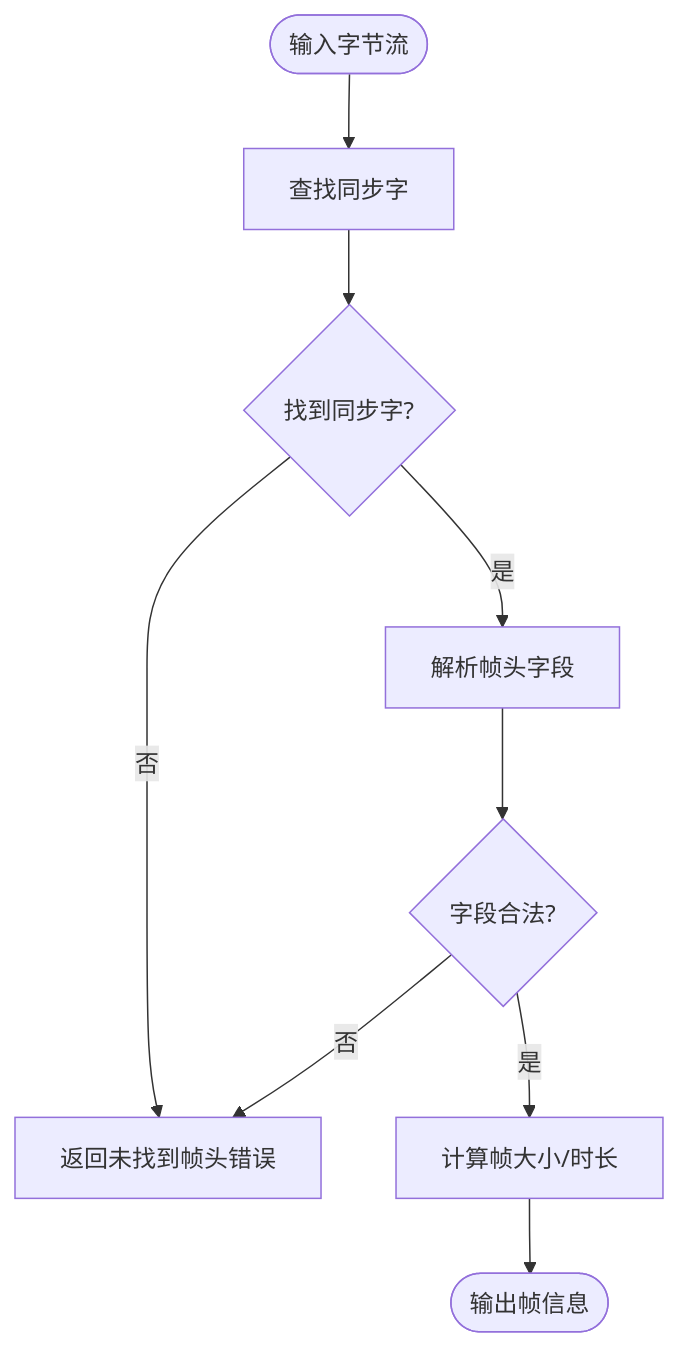
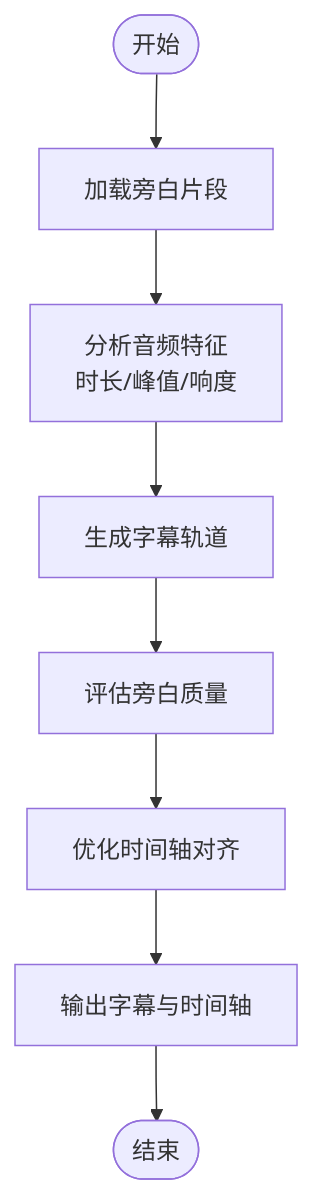
One commit to scottcwy/PurpleInk changed the fourth of 9 diagrams in .qoder/repowiki/zh/content/音频处理/音频处理.md. Above: the diagram before and after it, drawn with Mermaid. The commit also changed other lines of this file and 872 other files, not shown here.

````diff
--- a/.qoder/repowiki/zh/content/音频处理/音频处理.md
+++ b/.qoder/repowiki/zh/content/音频处理/音频处理.md
@@ -313,11 +269,10 @@
 ```mermaid
 flowchart TD
-A(["输入字节流"]) --> Sync["查找同步字"]
-Sync --> Found{"找到同步字?"}
-Found --> |否| Err["返回未找到帧头错误"]
-Found --> |是| Parse["解析帧头字段"]
-Parse --> Validate{"字段合法?"}
-Validate --> |否| Err
-Validate --> |是| Calc["计算帧大小/时长"]
-Calc --> Out(["输出帧信息"])
+Start(["开始"]) --> LoadNarration["加载旁白片段"]
+LoadNarration --> Analyze["分析音频特征<br/>时长/峰值/响度"]
+Analyze --> GenerateSubtitles["生成字幕轨道"]
+GenerateSubtitles --> ScoreQuality["评估旁白质量"]
+ScoreQuality --> OptimizeTiming["优化时间轴对齐"]
+OptimizeTiming --> Output["输出字幕与时间轴"]
+Output --> End(["结束"])
 ```
````
